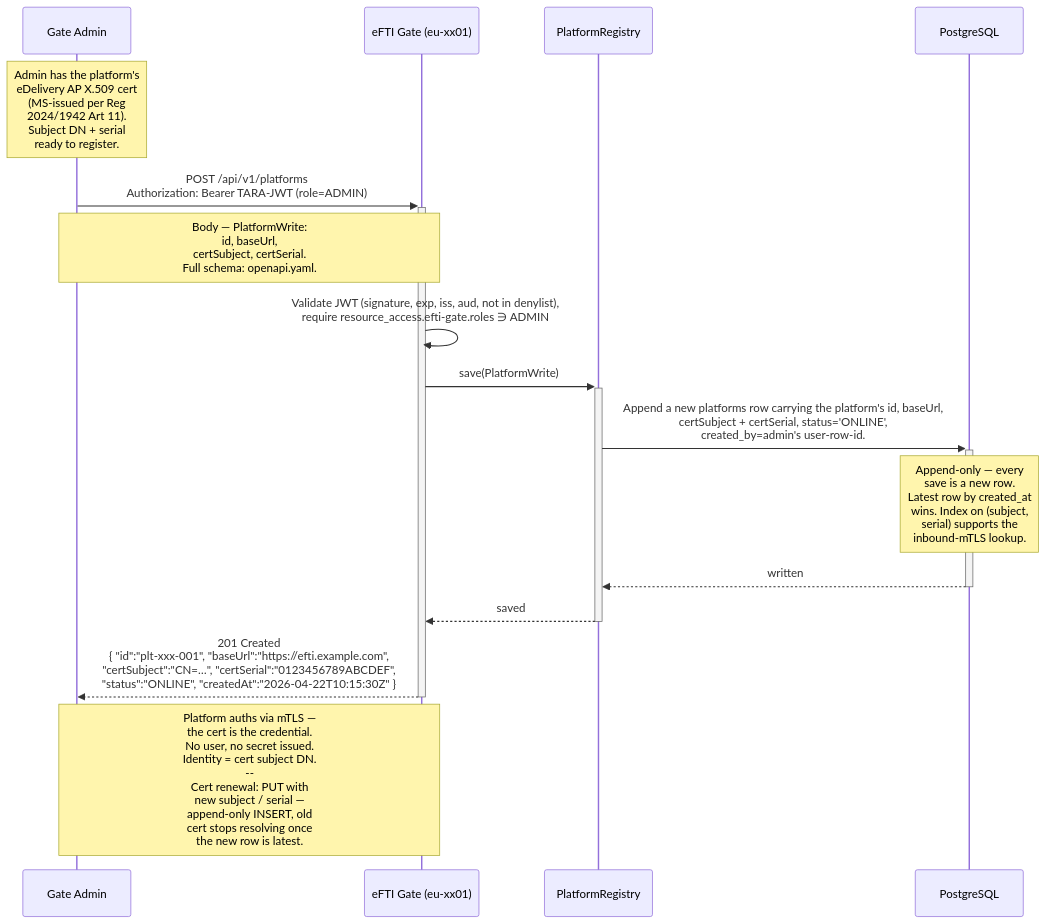
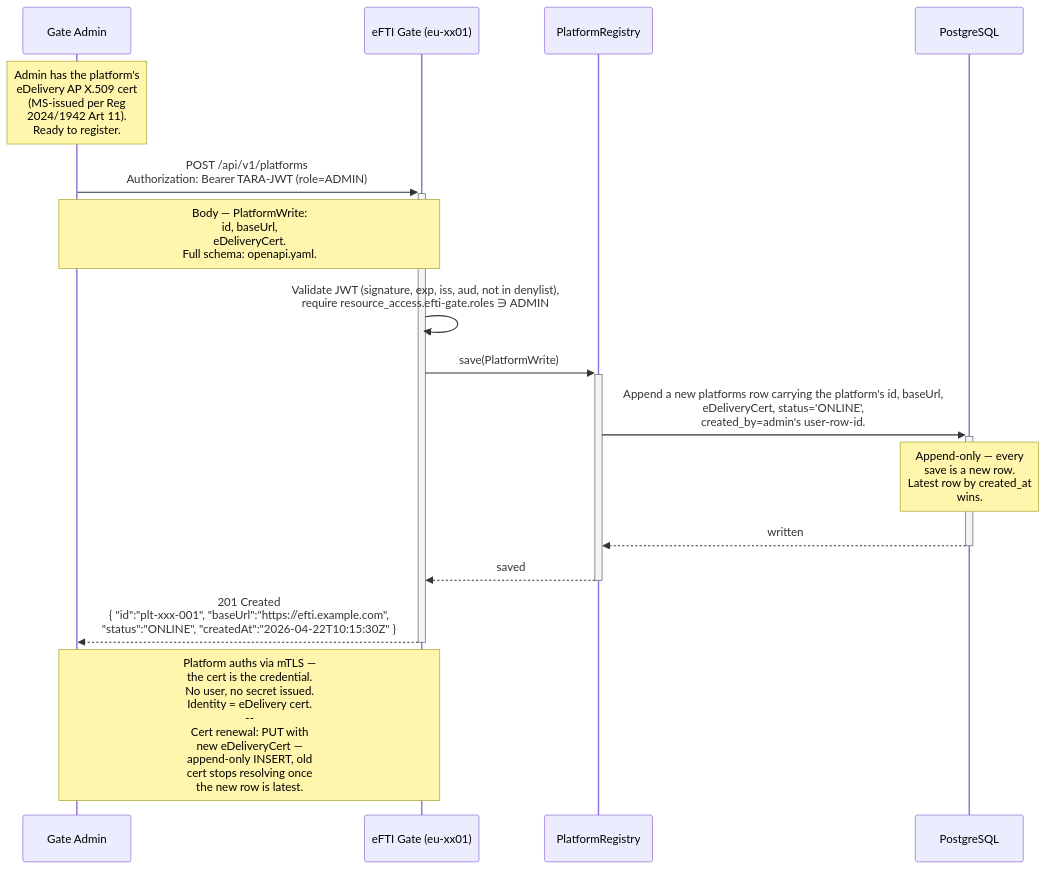
Before and after one commit to kemit-ee/efti-gate-ee: the diagram in docs/specs/diagrams/seq-10-platform-registration.mmd, drawn with Mermaid. The commit also changed 34 other files, not shown here.

First line of the commit message:
remove cert subject and cert serial values from the platform entity

```diff
--- a/docs/specs/diagrams/seq-10-platform-registration.mmd
+++ b/docs/specs/diagrams/seq-10-platform-registration.mmd
@@ -1,22 +1,22 @@
 sequenceDiagram
     participant Admin as Gate Admin
     participant Gate as eFTI Gate (eu-xx01)
     participant PlatformReg as PlatformRegistry
     participant DB as PostgreSQL
 
-    Note over Admin: Admin has the platform's<br/>eDelivery AP X.509 cert<br/>(MS-issued per Reg<br/>2024/1942 Art 11).<br/>Subject DN + serial<br/>ready to register.
+    Note over Admin: Admin has the platform's<br/>eDelivery AP X.509 cert<br/>(MS-issued per Reg<br/>2024/1942 Art 11).<br/>Ready to register.
 
     Admin->>+Gate: POST /api/v1/platforms<br/>Authorization: Bearer TARA-JWT (role=ADMIN)
-    Note over Admin,Gate: Body — PlatformWrite:<br/>id, baseUrl,<br/>certSubject, certSerial.<br/>Full schema: openapi.yaml.
+    Note over Admin,Gate: Body — PlatformWrite:<br/>id, baseUrl,<br/>eDeliveryCert.<br/>Full schema: openapi.yaml.
 
     Gate->>Gate: Validate JWT (signature, exp, iss, aud, not in denylist),<br/>require resource_access.efti-gate.roles ∋ ADMIN
 
     Gate->>+PlatformReg: save(PlatformWrite)
-    PlatformReg->>+DB: Append a new platforms row carrying the platform's id, baseUrl,<br/>certSubject + certSerial, status='ONLINE',<br/>created_by=admin's user-row-id.
-    Note over DB: Append-only — every<br/>save is a new row.<br/>Latest row by created_at<br/>wins. Index on (subject,<br/>serial) supports the<br/>inbound-mTLS lookup.
+    PlatformReg->>+DB: Append a new platforms row carrying the platform's id, baseUrl,<br/>eDeliveryCert, status='ONLINE',<br/>created_by=admin's user-row-id.
+    Note over DB: Append-only — every<br/>save is a new row.<br/>Latest row by created_at<br/>wins.
     DB-->>-PlatformReg: written
     PlatformReg-->>-Gate: saved
 
-    Gate-->>-Admin: 201 Created<br/>{ "id":"plt-xxx-001", "baseUrl":"https://efti.example.com",<br/>  "certSubject":"CN=…", "certSerial":"0123456789ABCDEF",<br/>  "status":"ONLINE", "createdAt":"2026-04-22T10:15:30Z" }
+    Gate-->>-Admin: 201 Created<br/>{ "id":"plt-xxx-001", "baseUrl":"https://efti.example.com",<br/>  "status":"ONLINE", "createdAt":"2026-04-22T10:15:30Z" }
 
-    Note over Admin,Gate: Platform auths via mTLS —<br/>the cert is the credential.<br/>No user, no secret issued.<br/>Identity = cert subject DN.<br/>--<br/>Cert renewal: PUT with<br/>new subject / serial —<br/>append-only INSERT, old<br/>cert stops resolving once<br/>the new row is latest.
+    Note over Admin,Gate: Platform auths via mTLS —<br/>the cert is the credential.<br/>No user, no secret issued.<br/>Identity = eDelivery cert.<br/>--<br/>Cert renewal: PUT with<br/>new eDeliveryCert —<br/>append-only INSERT, old<br/>cert stops resolving once<br/>the new row is latest.
```
